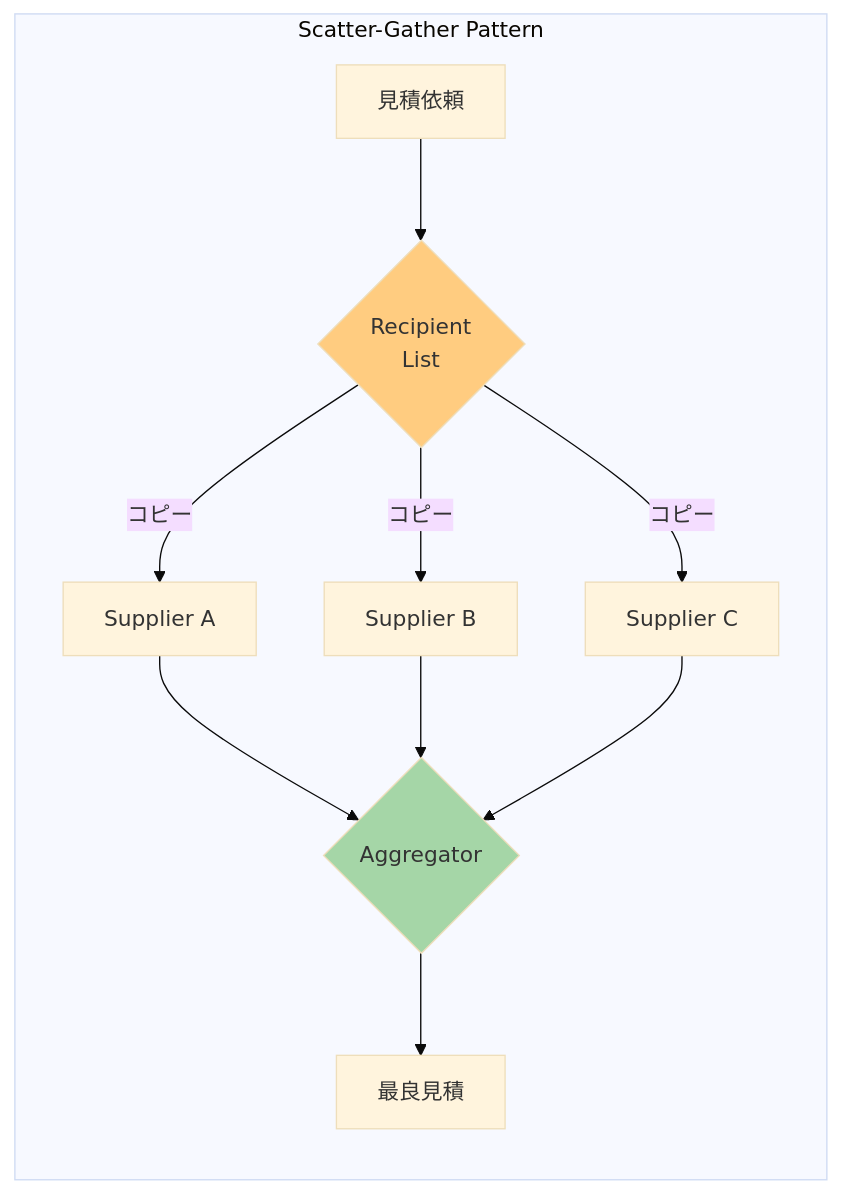
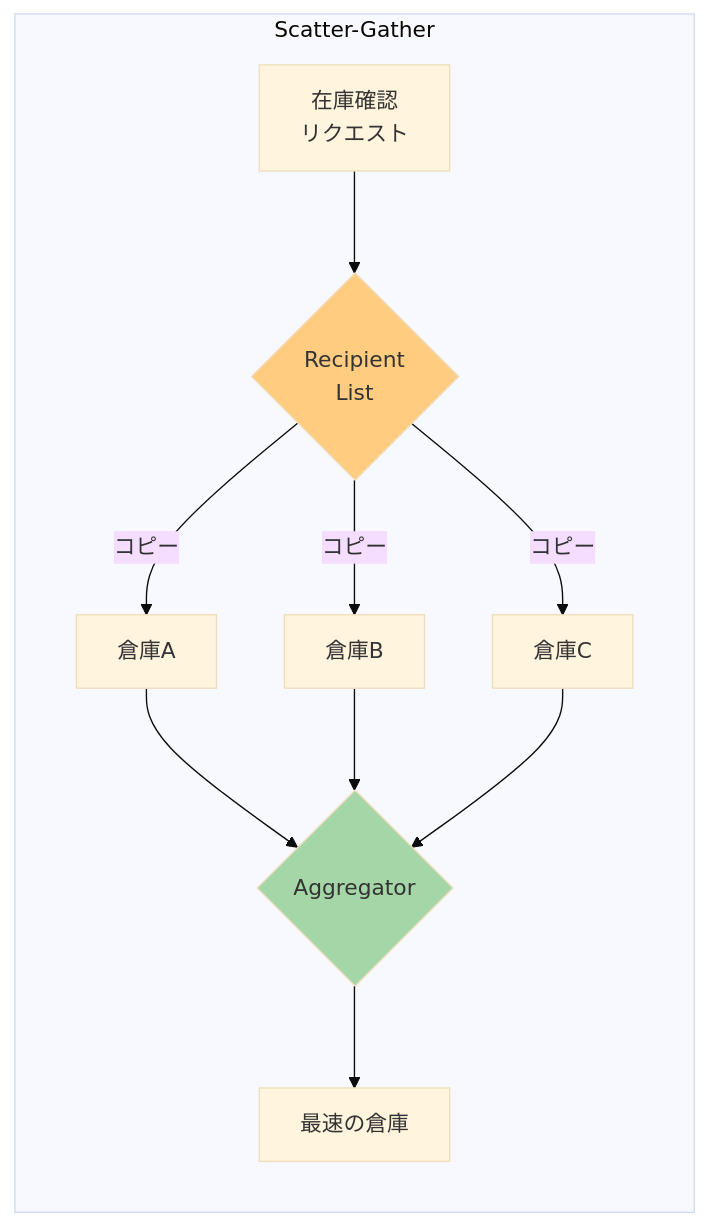
One commit to tomoikey/quartz changed the third of 4 diagrams in content/programming/reactive_messaging_pattern/composed-routers/scatter_gather.md. Above: the diagram before and after it, drawn with Mermaid (base theme). The commit also changed other lines of this file and 18 other files, not shown here.

````diff
--- a/content/programming/reactive_messaging_pattern/composed-routers/scatter_gather.md
+++ b/content/programming/reactive_messaging_pattern/composed-routers/scatter_gather.md
@@ -39,16 +69,16 @@
 ```mermaid
 graph LR
-    subgraph "Scatter-Gather Pattern"
-        IN[見積依頼] --> RL{Recipient<br/>List}
-        RL -->|コピー| R1[Supplier A]
-        RL -->|コピー| R2[Supplier B]
-        RL -->|コピー| R3[Supplier C]
-        R1 --> AG{Aggregator}
-        R2 --> AG
-        R3 --> AG
-        AG --> OUT[最良見積]
+    subgraph "Scatter-Gather"
+        REQ[在庫確認<br/>リクエスト] --> RL{Recipient<br/>List}
+        RL -->|コピー| W1[倉庫A]
+        RL -->|コピー| W2[倉庫B]
+        RL -->|コピー| W3[倉庫C]
+        W1 --> AG{Aggregator}
+        W2 --> AG
+        W3 --> AG
+        AG --> BEST[最速の倉庫]
     end
 
     style RL fill:#ffcc80
     style AG fill:#a5d6a7
 ```
````
